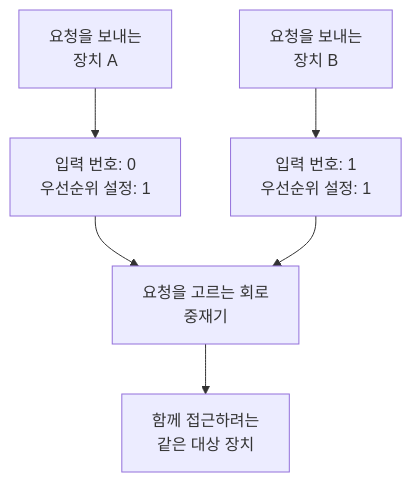
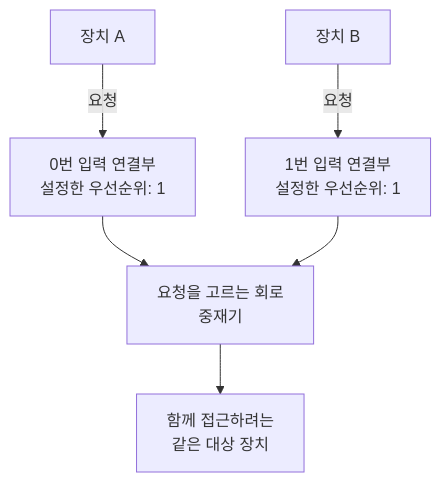
Before and after one commit to owencity/owencity.github.io: the second of 5 diagrams in content/posts/last-stock-ordering.md, drawn with Mermaid. The commit also changed other lines of this file, not shown here.

````diff
--- a/content/posts/last-stock-ordering.md
+++ b/content/posts/last-stock-ordering.md
@@ -47,8 +48,8 @@
 ```mermaid
 flowchart TD
-    deviceA["요청을 보내는<br/>장치 A"] --> input0["입력 번호: 0<br/>우선순위 설정: 1"]
-    deviceB["요청을 보내는<br/>장치 B"] --> input1["입력 번호: 1<br/>우선순위 설정: 1"]
+    deviceA["장치 A"] -->|요청| input0["0번 입력 연결부<br/>설정한 우선순위: 1"]
+    deviceB["장치 B"] -->|요청| input1["1번 입력 연결부<br/>설정한 우선순위: 1"]
     input0 --> arbiter["요청을 고르는 회로<br/>중재기"]
     input1 --> arbiter
     arbiter --> target["함께 접근하려는<br/>같은 대상 장치"]
 ```
````
